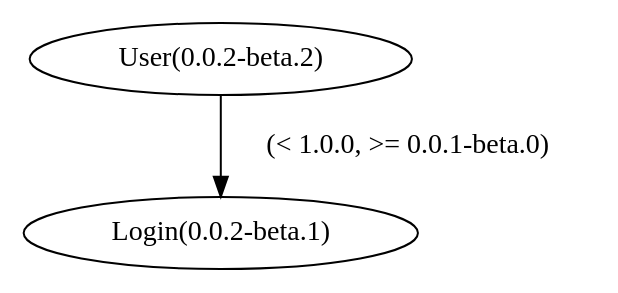
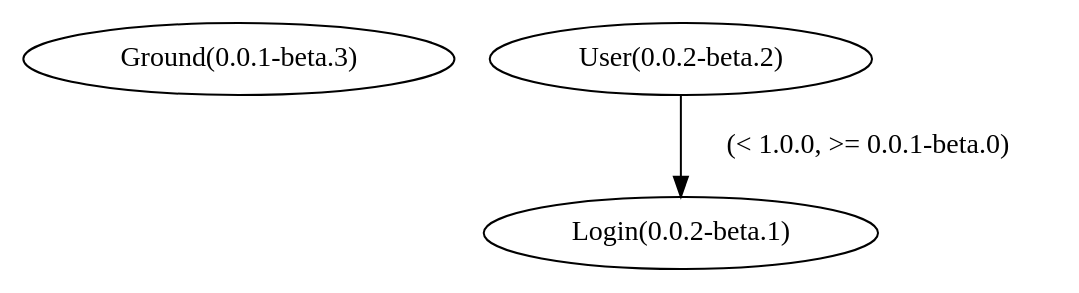
One commit to axe-org/demo-app changed the diagram in axe/dependency.dot. Above: the diagram before and after it, drawn with Graphviz. The commit also changed 1 other file, not shown here.

Commit message:
手动提交依赖图变更

```diff
--- a/axe/dependency.dot
+++ b/axe/dependency.dot
@@ -1,3 +1,6 @@
 digraph G {
+  "Ground(0.0.1-beta.3)";
+  "Login(0.0.2-beta.1)";
+  "User(0.0.2-beta.2)";
   "User(0.0.2-beta.2)" -> "Login(0.0.2-beta.1)" [ label = "(< 1.0.0, >= 0.0.1-beta.0)" ];
 }
```
